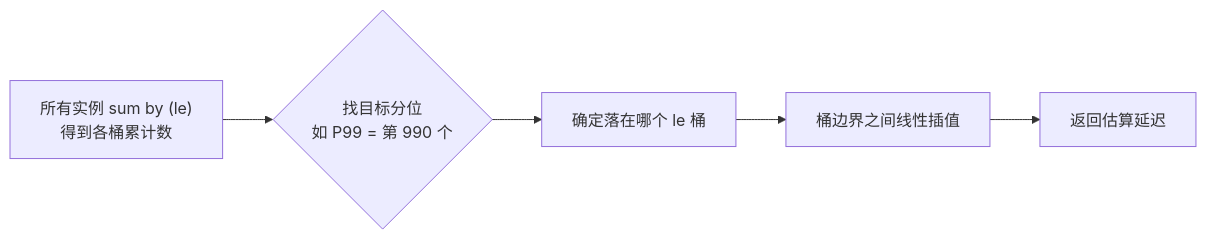
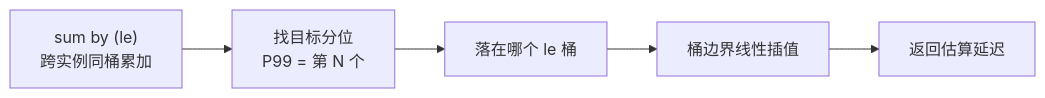
One commit to ml-cuizijun/LearnToLilith changed the second of 4 diagrams in 09-可观测性与SRE方法论/02-Prometheus与PromQL/知识点.md. Above: the diagram before and after it, drawn with Mermaid. The commit also changed other lines of this file and 178 other files, not shown here.

````diff
--- a/09-可观测性与SRE方法论/02-Prometheus与PromQL/知识点.md
+++ b/09-可观测性与SRE方法论/02-Prometheus与PromQL/知识点.md
@@ -334,7 +305,7 @@
 ```mermaid
 flowchart LR
-    A["所有实例 sum by (le)<br/>得到各桶累计数"] --> B{"找目标分位<br/>如 P99 = 第 990 个"}
-    B --> C["确定落在哪个 le 桶"]
-    C --> D["桶边界之间线性插值"]
+    A["sum by (le)<br/>跨实例同桶累加"] --> B["找目标分位<br/>P99 = 第 N 个"]
+    B --> C["落在哪个 le 桶"]
+    C --> D["桶边界线性插值"]
     D --> E["返回估算延迟"]
 ```
````
